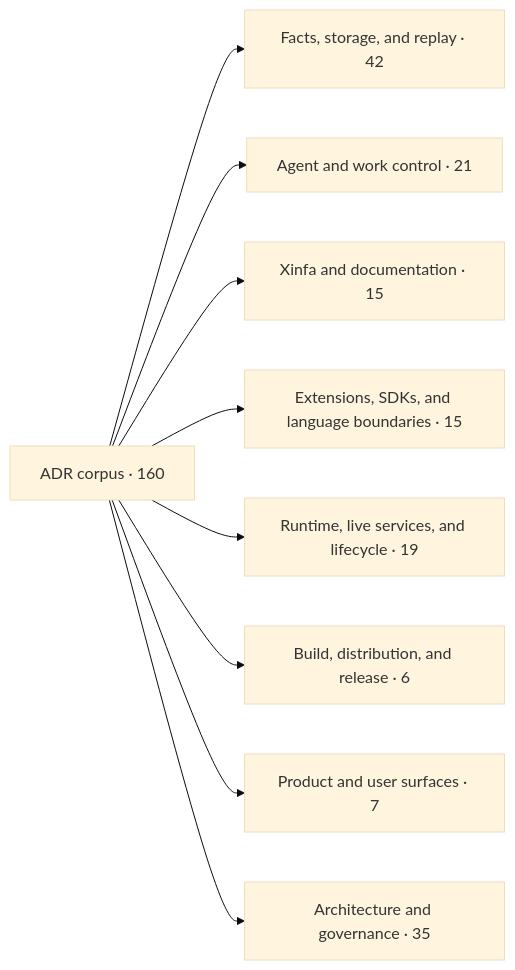
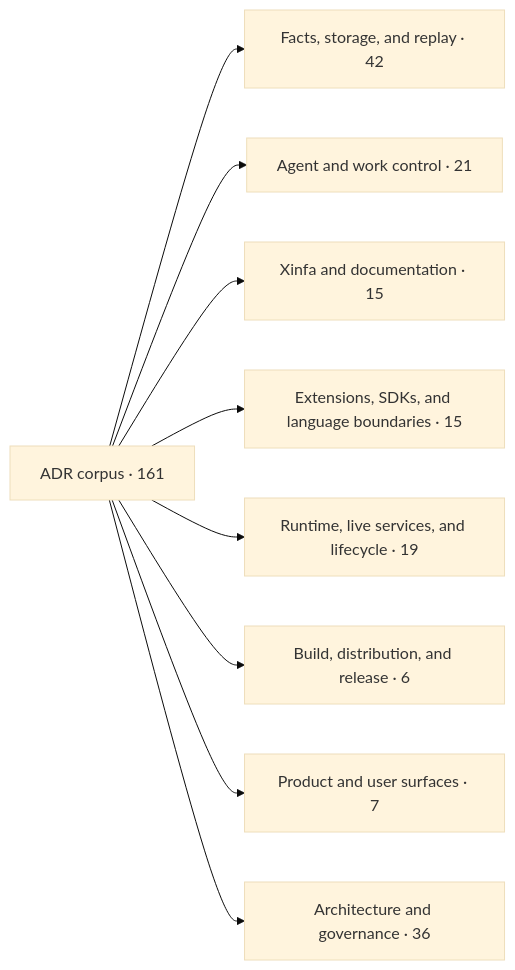
The first of 2 diagrams in docs/architecture/adr-map.md (PterX/kungfu), drawn with Mermaid (base theme) before and after one commit. The commit also changed other lines of this file and 10 other files, not shown here.

````diff
--- a/docs/architecture/adr-map.md
+++ b/docs/architecture/adr-map.md
@@ -20,12 +20,12 @@
 ```mermaid
 flowchart LR
-  root["ADR corpus · 160"]
+  root["ADR corpus · 161"]
   root --> d0["Facts, storage, and replay · 42"]
   root --> d1["Agent and work control · 21"]
   root --> d2["Xinfa and documentation · 15"]
   root --> d3["Extensions, SDKs, and language boundaries · 15"]
   root --> d4["Runtime, live services, and lifecycle · 19"]
   root --> d5["Build, distribution, and release · 6"]
   root --> d6["Product and user surfaces · 7"]
-  root --> d7["Architecture and governance · 35"]
+  root --> d7["Architecture and governance · 36"]
 ```
````
